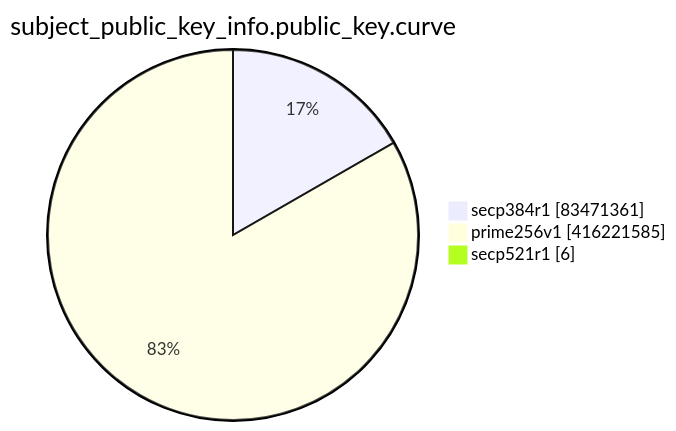
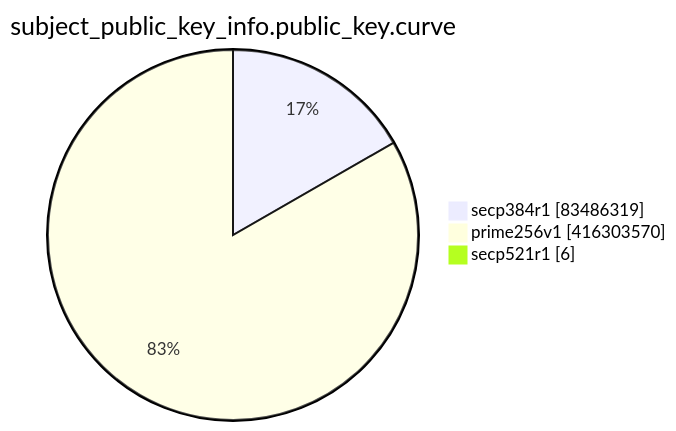
Before and after one commit to christiankrug/ctmonitor_visualization: the eighth of 15 diagrams in TOTAL/README.md, drawn with Mermaid. The commit also changed other lines of this file, not shown here.

````diff
--- a/TOTAL/README.md
+++ b/TOTAL/README.md
@@ -3098,7 +3098,7 @@
 ```mermaid
 pie showData
 title subject_public_key_info.public_key.curve
-"secp384r1" :83471361
-"prime256v1" :416221585
+"secp384r1" :83486319
+"prime256v1" :416303570
 "secp521r1" :6
 ```
````
